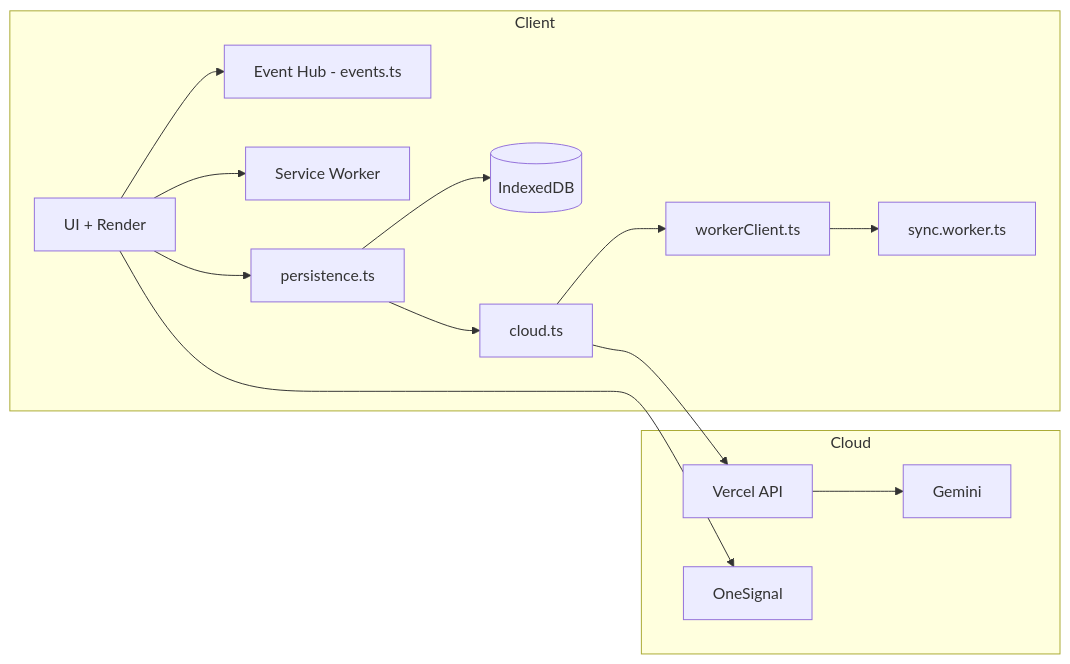
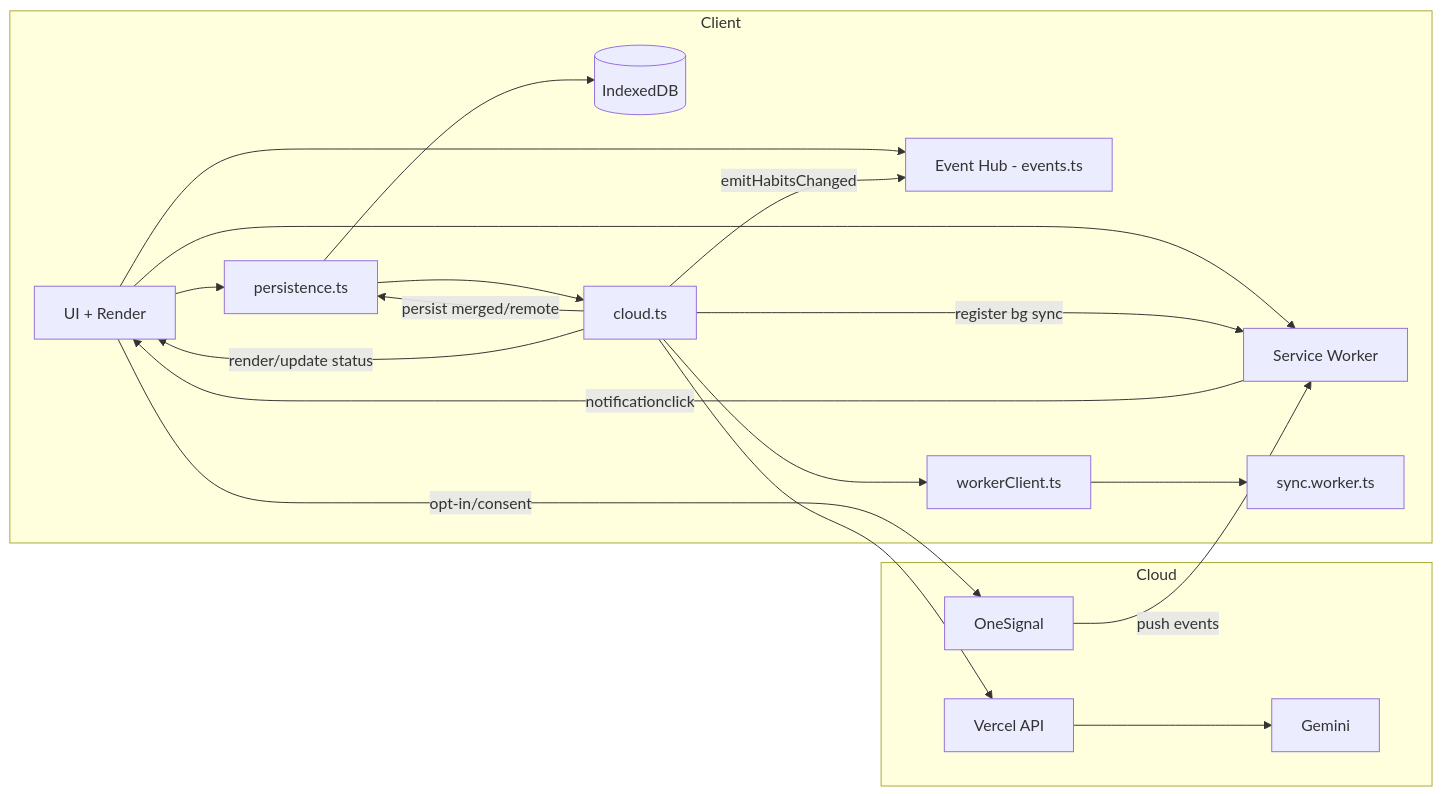
One commit to farifran/askesis changed the second of 5 diagrams in docs/ARCHITECTURE.md. Above: the diagram before and after it, drawn with Mermaid. The commit also changed 1 other file, not shown here.

Commit message:
Atualiza diagramas de arquitetura para incluir orquestração em nuvem e caminhos de retorno

````diff
--- a/docs/ARCHITECTURE.md
+++ b/docs/ARCHITECTURE.md
@@ -24,30 +24,44 @@
 ```mermaid
 flowchart LR
   subgraph Client
     UI[UI + Render]
     EV["Event Hub - events.ts"]
     SW[Service Worker]
     IDB[(IndexedDB)]
     PERSIST[persistence.ts]
     CLOUD[cloud.ts]
     WRPC[workerClient.ts]
     W[sync.worker.ts]
   end
 
   subgraph Cloud
     API[Vercel API]
     AI[Gemini]
     PUSH[OneSignal]
   end
 
   UI --> EV
   UI --> PERSIST
   PERSIST --> IDB
   PERSIST --> CLOUD
-  UI --> SW
+
+  %% Cloud orchestration (worker + remote)
   CLOUD --> WRPC
   WRPC --> W
   CLOUD --> API
   API --> AI
-  UI --> PUSH
+
+  %% Return paths (remote updates + UI refresh)
+  CLOUD -->|persist merged/remote| PERSIST
+  CLOUD -->|render/update status| UI
+  CLOUD -->|emitHabitsChanged| EV
+
+  %% Service Worker (offline + background sync)
+  UI --> SW
+  CLOUD -->|register bg sync| SW
+
+  %% Push notifications (delivery goes to SW)
+  UI -->|opt-in/consent| PUSH
+  PUSH -->|push events| SW
+  SW -->|notificationclick| UI
 ```
````
